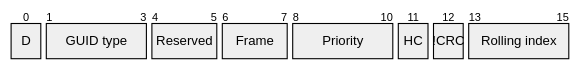
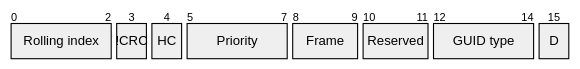
One commit to grodansparadis/vscp-doc-spec changed the diagram in vscp_over_binary.md. Above: the diagram before and after it, drawn with Mermaid. The commit also changed other lines of this file, not shown here.

````diff
--- a/vscp_over_binary.md
+++ b/vscp_over_binary.md
@@ -168,11 +167,11 @@
 ```mermaid
 packet
+  +3: "Rolling index"
+  +1: "!CRC"
+  +1: "HC"
+  +3: "Priority"
+  +2: "Frame"
+  +2: "Reserved"
+  +3: "GUID type"
   +1: "D"
-  +3: "GUID type"
-  +2: "Reserved"
-  +2: "Frame"
-  +3: "Priority"
-  +1: "HC"
-  +1: "!CRC"
-  +3: "Rolling index"
 ```
````
